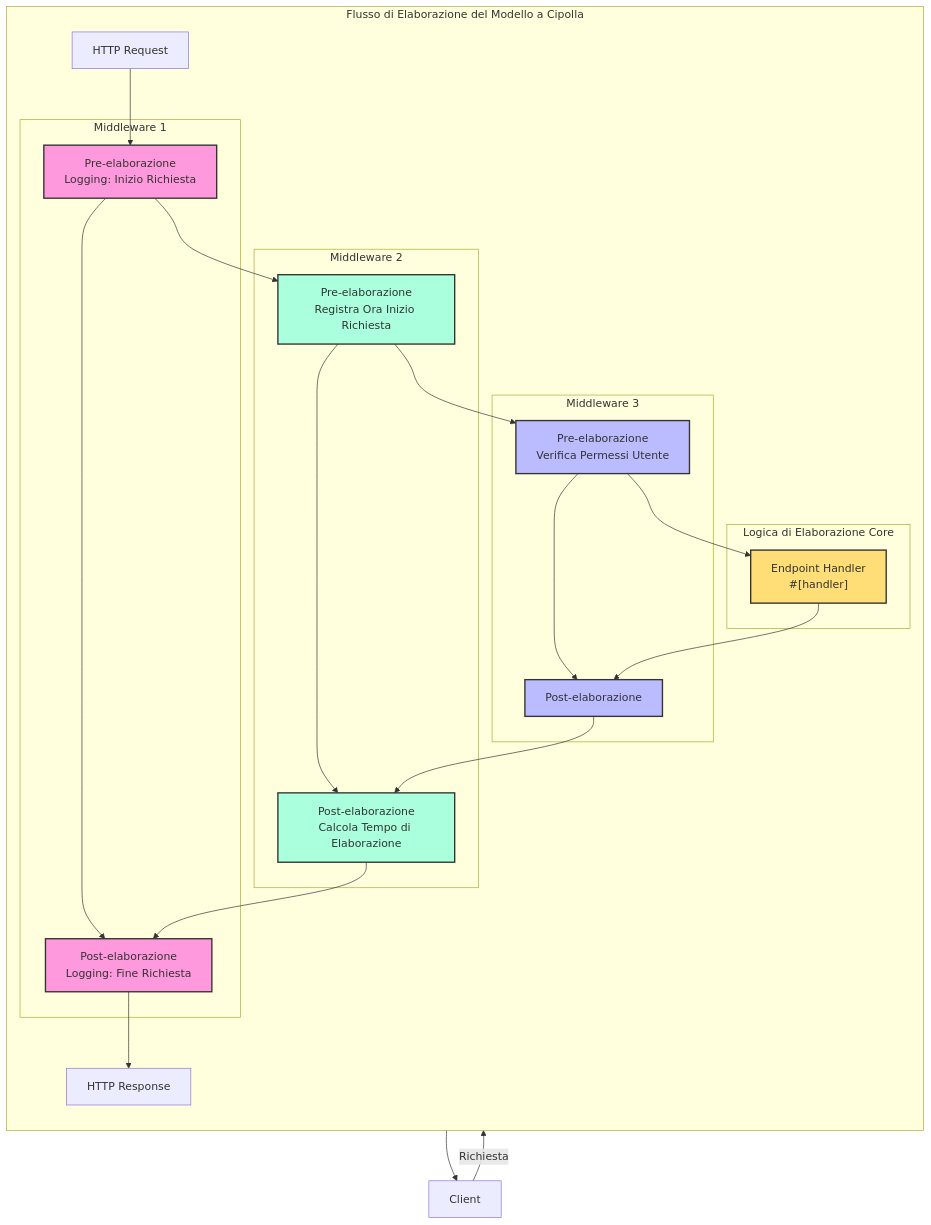
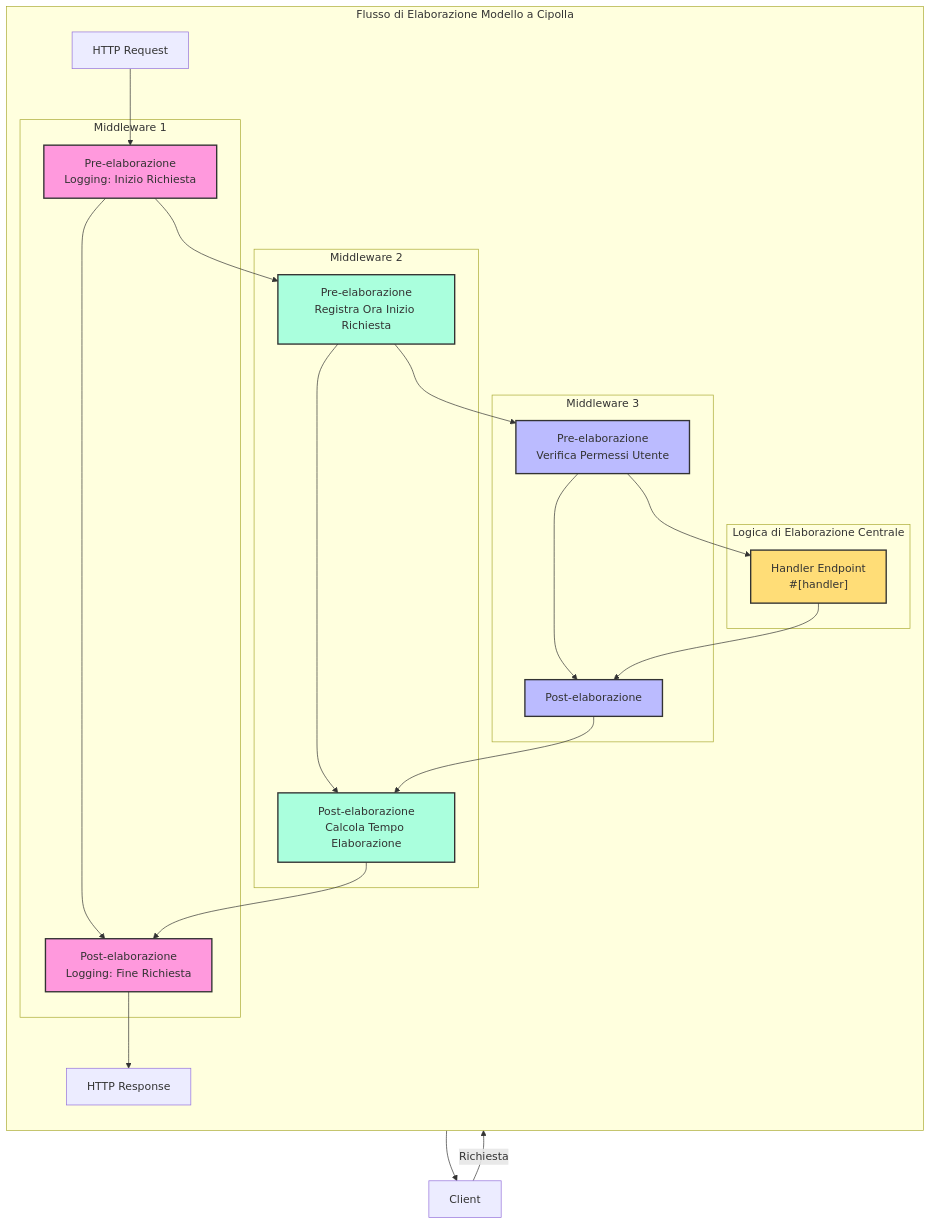
The second of 2 diagrams in docs/it/guide/concepts/handler.mdx (salvo-rs/website), drawn with Mermaid before and after one commit. The commit also changed other lines of this file and 55 other files, not shown here.

````diff
--- a/docs/it/guide/concepts/handler.mdx
+++ b/docs/it/guide/concepts/handler.mdx
@@ -60,45 +60,45 @@
 ```mermaid
 flowchart TB
     Client[Client] -->|Richiesta| Request[HTTP Request]
 
-    subgraph "Flusso di Elaborazione del Modello a Cipolla"
+    subgraph "Flusso di Elaborazione Modello a Cipolla"
         direction TB
 
         subgraph M1["Middleware 1"]
             M1A["Pre-elaborazione<br>Logging: Inizio Richiesta"] --> M1B["Post-elaborazione<br>Logging: Fine Richiesta"]
         end
 
         subgraph M2["Middleware 2"]
-            M2A["Pre-elaborazione<br>Registra Ora Inizio Richiesta"] --> M2B["Post-elaborazione<br>Calcola Tempo di Elaborazione"]
+            M2A["Pre-elaborazione<br>Registra Ora Inizio Richiesta"] --> M2B["Post-elaborazione<br>Calcola Tempo Elaborazione"]
         end
 
         subgraph M3["Middleware 3"]
             M3A["Pre-elaborazione<br>Verifica Permessi Utente"] --> M3B["Post-elaborazione<br>"]
         end
 
-        subgraph Core["Logica di Elaborazione Core"]
-            Handler["Endpoint Handler<br>#[handler]"]
+        subgraph Core["Logica di Elaborazione Centrale"]
+            Handler["Handler Endpoint<br>#[handler]"]
         end
 
         Request --> M1A
         M1A --> M2A
         M2A --> M3A
         M3A --> Handler
         Handler --> M3B
         M3B --> M2B
         M2B --> M1B
         M1B --> Response
     end
 
     Response[HTTP Response] --> Client
 
     classDef middleware1 fill:#f9d,stroke:#333,stroke-width:2px;
     classDef middleware2 fill:#afd,stroke:#333,stroke-width:2px;
     classDef middleware3 fill:#bbf,stroke:#333,stroke-width:2px;
     classDef core fill:#fd7,stroke:#333,stroke-width:2px;
 
     class M1A,M1B middleware1;
     class M2A,M2B middleware2;
     class M3A,M3B middleware3;
     class Handler core;
 ```
````
